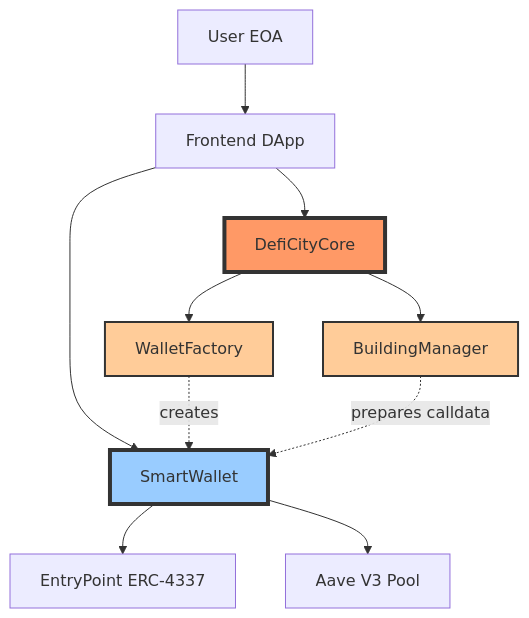
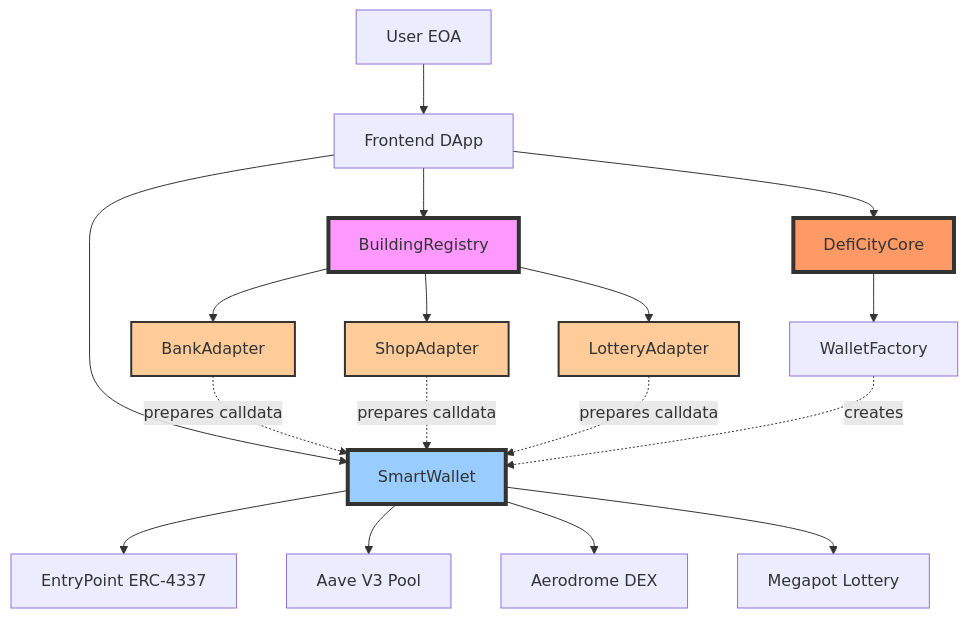
The first of 11 diagrams in CONTRACT_SEQUENCE_DIAGRAMS.md (BrookerGroup/defi-city), drawn with Mermaid before and after one commit. The commit also changed other lines of this file and 5 other files, not shown here.

````diff
--- a/CONTRACT_SEQUENCE_DIAGRAMS.md
+++ b/CONTRACT_SEQUENCE_DIAGRAMS.md
@@ -24,20 +25,31 @@
 ```mermaid
 graph TB
     User[User EOA] --> Frontend[Frontend DApp]
+    Frontend --> Registry[BuildingRegistry]
+    Frontend --> Wallet[SmartWallet]
     Frontend --> Core[DefiCityCore]
-    Frontend --> Wallet[SmartWallet]
 
     Core --> Factory[WalletFactory]
-    Core --> Manager[BuildingManager]
+
+    Registry --> BankAdapter[BankAdapter]
+    Registry --> ShopAdapter[ShopAdapter]
+    Registry --> LotteryAdapter[LotteryAdapter]
+
+    BankAdapter -.prepares calldata.-> Wallet
+    ShopAdapter -.prepares calldata.-> Wallet
+    LotteryAdapter -.prepares calldata.-> Wallet
 
     Wallet --> EntryPoint[EntryPoint ERC-4337]
     Wallet --> Aave[Aave V3 Pool]
+    Wallet --> Aerodrome[Aerodrome DEX]
+    Wallet --> Megapot[Megapot Lottery]
 
     Factory -.creates.-> Wallet
-    Manager -.prepares calldata.-> Wallet
 
     style Core fill:#f96,stroke:#333,stroke-width:4px
+    style Registry fill:#f9f,stroke:#333,stroke-width:4px
     style Wallet fill:#9cf,stroke:#333,stroke-width:4px
-    style Factory fill:#fc9,stroke:#333,stroke-width:2px
-    style Manager fill:#fc9,stroke:#333,stroke-width:2px
+    style BankAdapter fill:#fc9,stroke:#333,stroke-width:2px
+    style ShopAdapter fill:#fc9,stroke:#333,stroke-width:2px
+    style LotteryAdapter fill:#fc9,stroke:#333,stroke-width:2px
 ```
````
